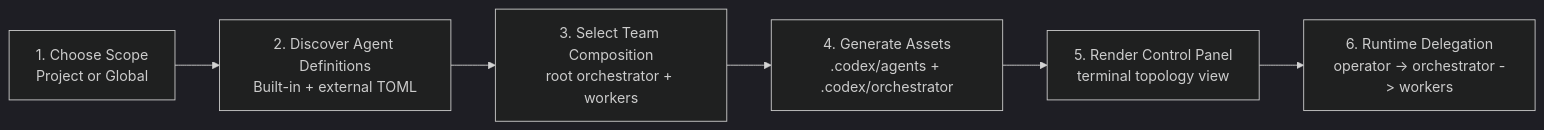
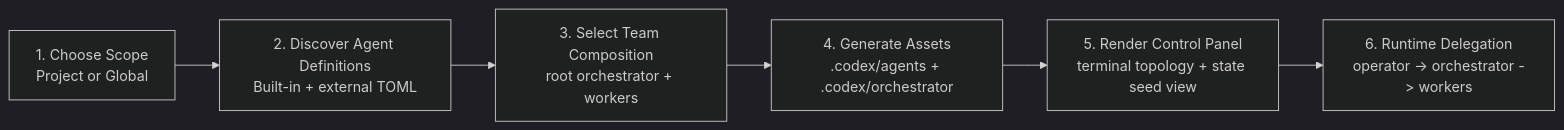
The second of 2 diagrams in docs/UNDERSTANDING_AND_WORKFLOW.ko.md (17-sss/codex-subagent-kit), drawn with Mermaid (dark theme) before and after one commit. The commit also changed other lines of this file and 3 other files, not shown here.

````diff
--- a/docs/UNDERSTANDING_AND_WORKFLOW.ko.md
+++ b/docs/UNDERSTANDING_AND_WORKFLOW.ko.md
@@ -62,11 +63,11 @@
 ```mermaid
 flowchart LR
     A[1. Choose Scope<br/>Project or Global]
     B[2. Discover Agent Definitions<br/>Built-in + external TOML]
     C[3. Select Team Composition<br/>root orchestrator + workers]
     D[4. Generate Assets<br/>.codex/agents + .codex/orchestrator]
-    E[5. Render Control Panel<br/>terminal topology view]
+    E[5. Render Control Panel<br/>terminal topology + state seed view]
     F[6. Runtime Delegation<br/>operator -> orchestrator -> workers]
 
     A --> B --> C --> D --> E --> F
 ```
````
